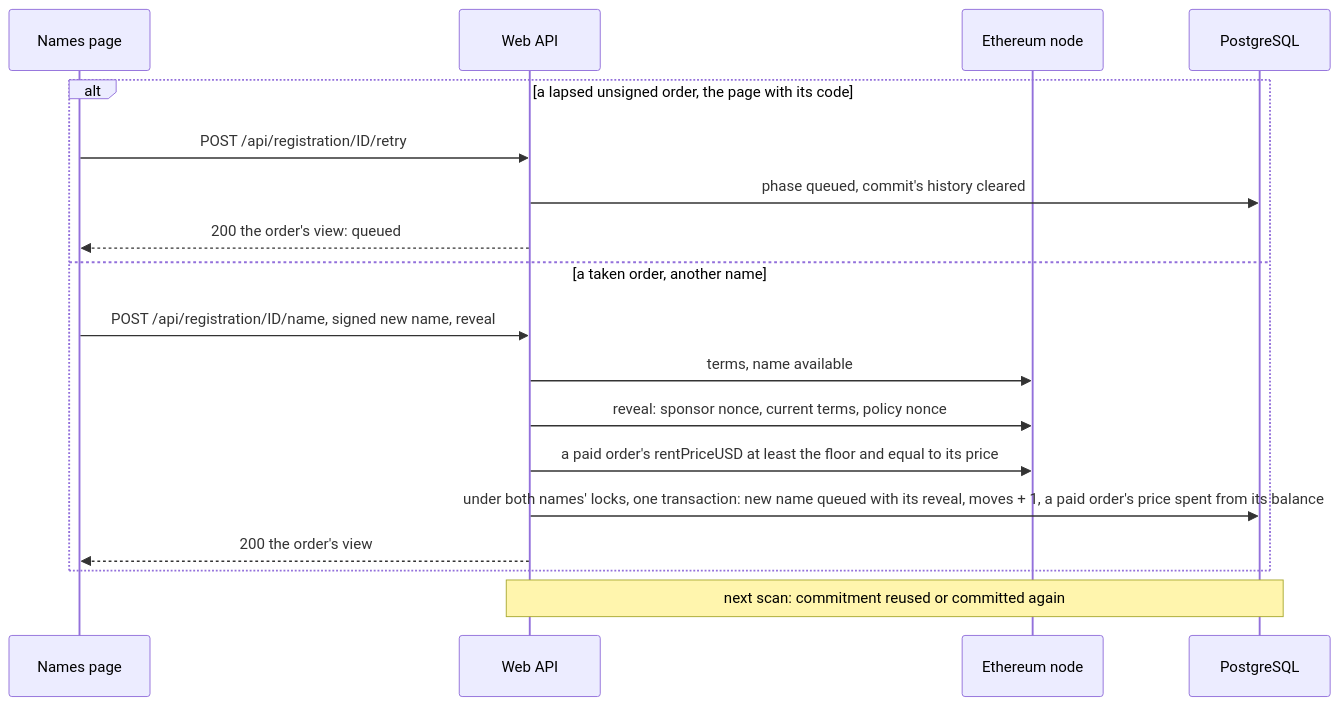
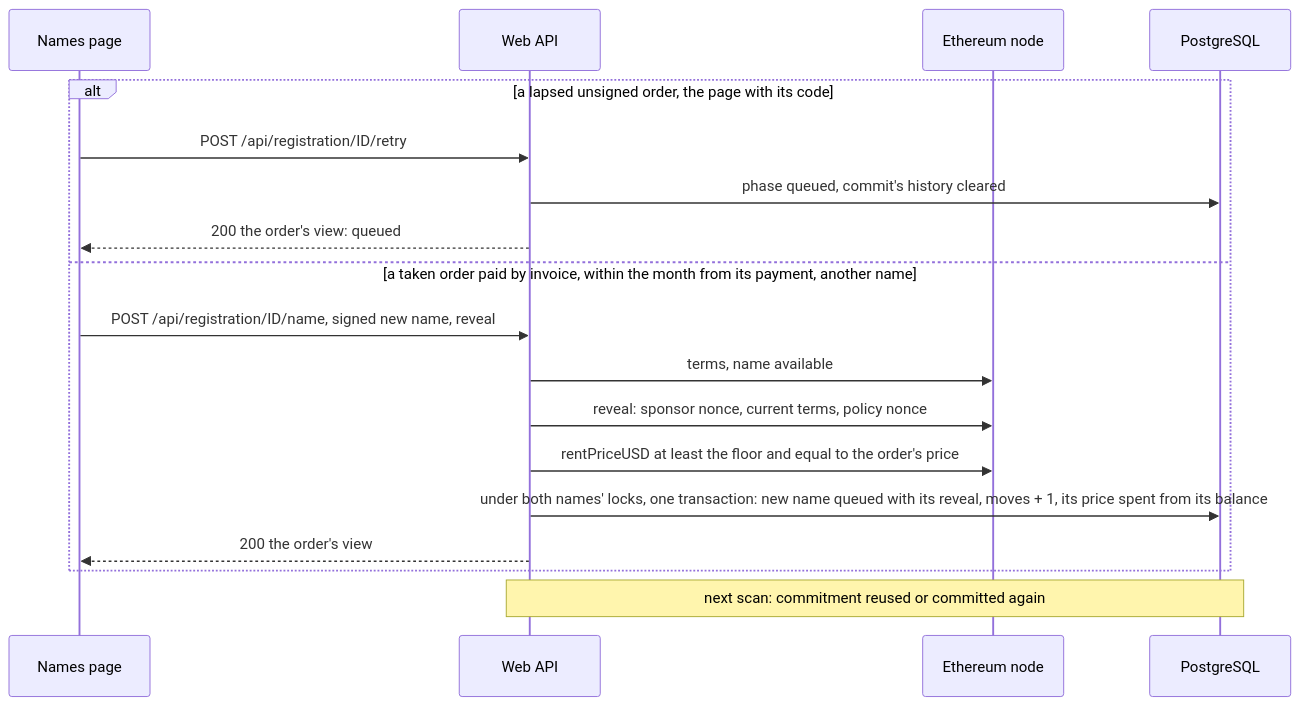
One commit to simplex-chat/simplex-chat changed the seventh of 15 diagrams in apps/simplex-store-service/docs/names.md. Above: the diagram before and after it, drawn with Mermaid. The commit also changed other lines of this file and 11 other files, not shown here.

Commit message:
names: a paid taken order moves within its month, at its exact price

````diff
--- a/apps/simplex-store-service/docs/names.md
+++ b/apps/simplex-store-service/docs/names.md
@@ -409,20 +409,20 @@
 ```mermaid
 sequenceDiagram
   participant P as Names page
   participant W as Web API
   participant E as Ethereum node
   participant D as PostgreSQL
   alt a lapsed unsigned order, the page with its code
     P->>W: POST /api/registration/ID/retry
     W->>D: phase queued, commit's history cleared
     W-->>P: 200 the order's view: queued
-  else a taken order, another name
+  else a taken order paid by invoice, within the month from its payment, another name
     P->>W: POST /api/registration/ID/name, signed new name, reveal
     W->>E: terms, name available
     W->>E: reveal: sponsor nonce, current terms, policy nonce
-    W->>E: a paid order's rentPriceUSD at least the floor and equal to its price
-    W->>D: under both names' locks, one transaction: new name queued with its reveal, moves + 1, a paid order's price spent from its balance
+    W->>E: rentPriceUSD at least the floor and equal to the order's price
+    W->>D: under both names' locks, one transaction: new name queued with its reveal, moves + 1, its price spent from its balance
     W-->>P: 200 the order's view
   end
   Note over W,D: next scan: commitment reused or committed again
 ```
````
